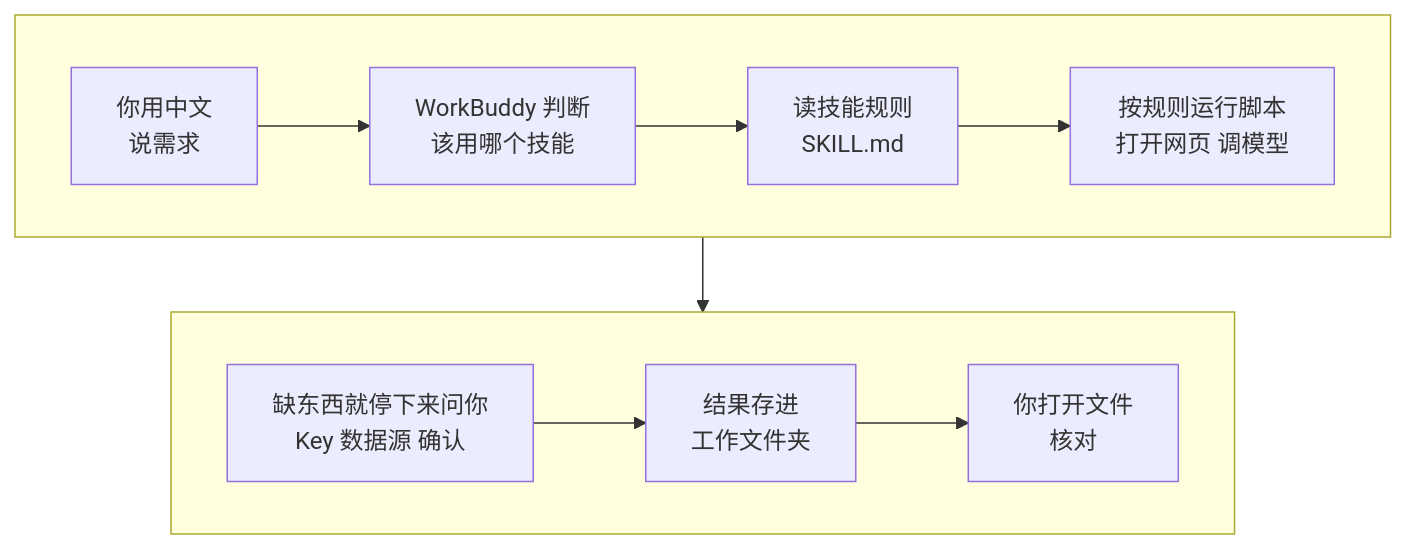
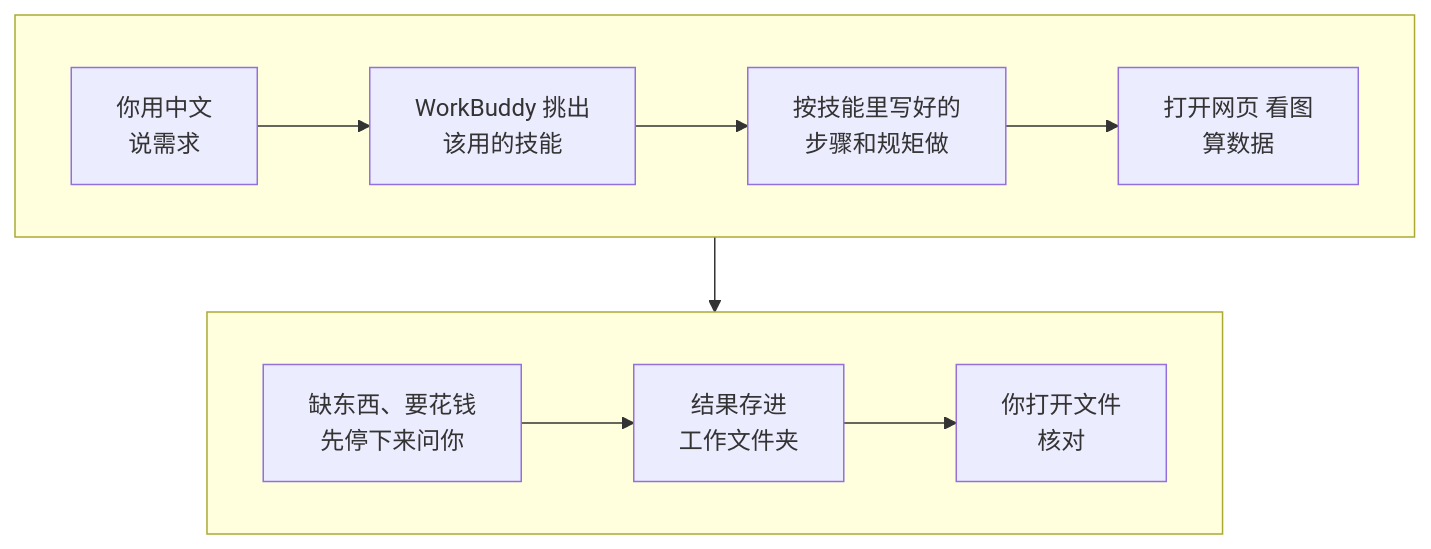
The diagram in 自媒体教程/课程/01-入门：装好技能配好Key.md (JuneYaooo/media-teach), drawn with Mermaid before and after one commit. The commit also changed other lines of this file and 46 other files, not shown here.

````diff
--- a/自媒体教程/课程/01-入门：装好技能配好Key.md
+++ b/自媒体教程/课程/01-入门：装好技能配好Key.md
@@ -15,12 +17,12 @@
 ```mermaid
 flowchart TB
   subgraph R1[" "]
     direction LR
-    A[你用中文<br>说需求] --> B[WorkBuddy 判断<br>该用哪个技能] --> C[读技能规则<br>SKILL.md] --> D[按规则运行脚本<br>打开网页 调模型]
+    A[你用中文<br>说需求] --> B[WorkBuddy 挑出<br>该用的技能] --> C[按技能里写好的<br>步骤和规矩做] --> D[打开网页 看图<br>算数据]
   end
   subgraph R2[" "]
     direction LR
-    E[缺东西就停下来问你<br>Key 数据源 确认] --> F[结果存进<br>工作文件夹] --> G[你打开文件<br>核对]
+    E[缺东西、要花钱<br>先停下来问你] --> F[结果存进<br>工作文件夹] --> G[你打开文件<br>核对]
   end
   R1 --> R2
 ```
````
